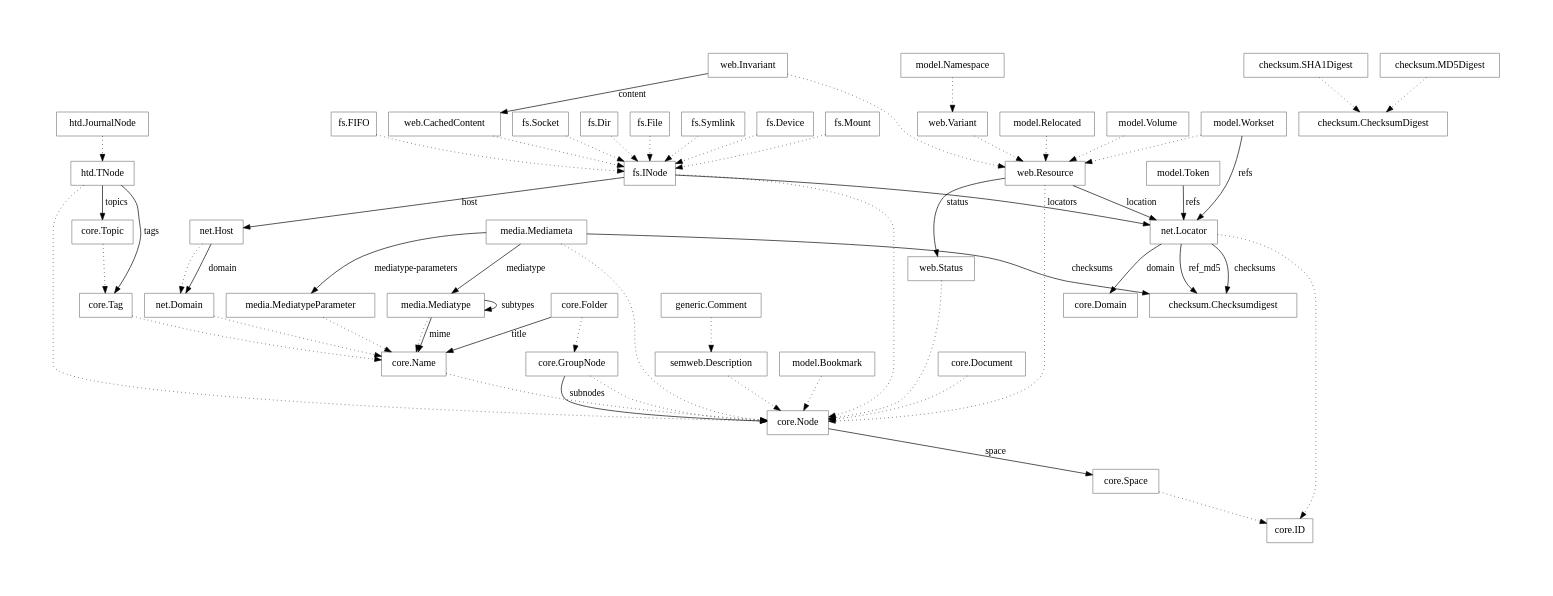
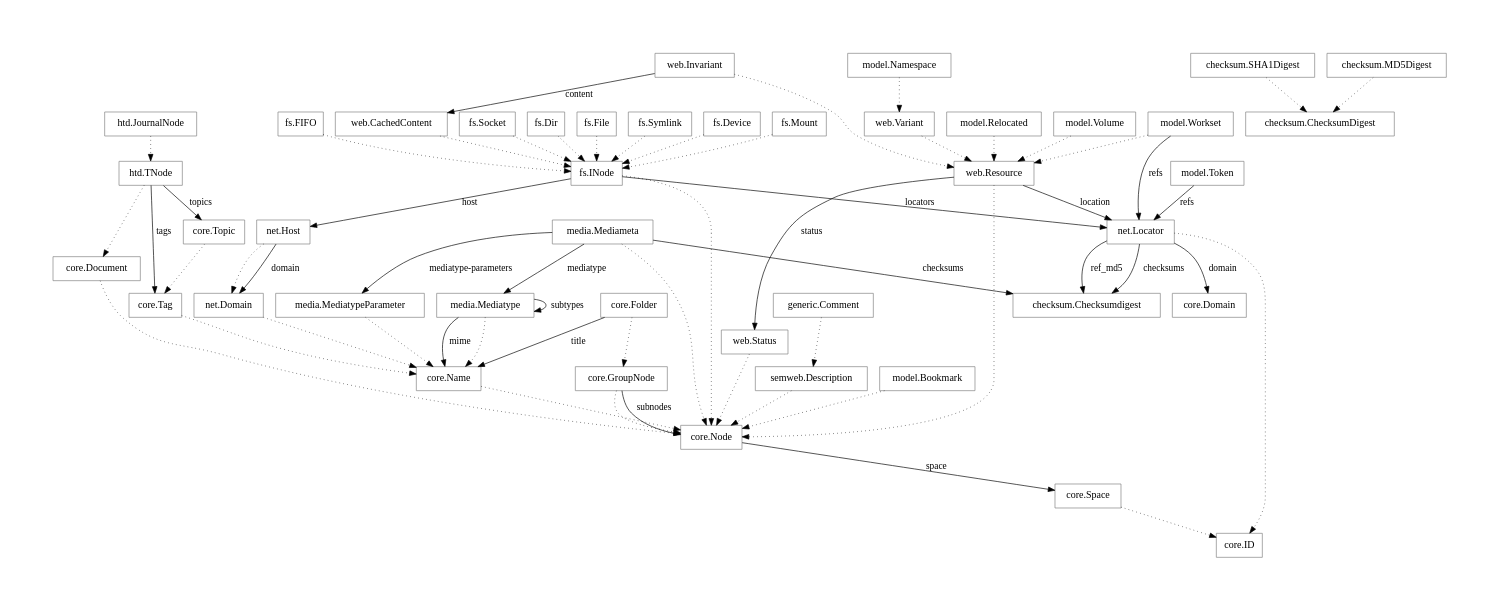
The diagram in doc/taxus-classes.en.dot.gv (dotmpe/script-mpe), drawn with Graphviz before and after one commit. The commit also changed 12 other files, not shown here.

```diff
--- a/doc/taxus-classes.en.dot.gv
+++ b/doc/taxus-classes.en.dot.gv
@@ -1,108 +1,108 @@
 digraph "doc_taxus_classes_en_dot" {
 	graph [
 		fontsize = "14"
 		fontname = "Times-Roman"
 		fontcolor = "black"
     pad = 1
 	]
 	node [
 		fontsize = "15"
 		fontname = "Bitstream Vera Sans"
 		shape = "record"
 		style = "solid"
 		color = "grey"
 	]
 	edge [
 		fontsize = "14"
 		fontname = "Bitstream Vera Sans"
 		style = "dotted"
 		weight = "4"
 	]
 
 	"core.Node" ; //-> SQLBase ;
 	"core.ID" ; //-> SQLBase ;
 
   "core.GroupNode" -> "core.Node" ;
   "core.Folder" -> "core.GroupNode" ;
   "core.Space" -> "core.ID" ;
 
   "core.Name" -> "core.Node" ;
   "core.Tag" -> "core.Name" ;
   "core.Topic" -> "core.Tag" ;
   "core.Document" -> "core.Node" ;
 
 	"checksum.ChecksumDigest" ; //-> SQLBase ;
   "checksum.SHA1Digest" -> "checksum.ChecksumDigest" ;
   "checksum.MD5Digest" -> "checksum.ChecksumDigest" ;
 
   "fs.INode" -> "core.Node" ;
   "fs.Dir" -> "fs.INode" ;
   "fs.File" -> "fs.INode" ;
   "fs.Symlink" -> "fs.INode" ;
   "fs.Device" -> "fs.INode" ;
   "fs.Mount" -> "fs.INode" ;
   "fs.FIFO" -> "fs.INode" ;
   "fs.Socket" -> "fs.INode" ;
 
   "web.CachedContent" -> "fs.INode" ;
   "web.Status" -> "core.Node" ;
   "web.Resource" -> "core.Node" ;
   "web.Invariant" -> "web.Resource" ;
   "web.Variant" -> "web.Resource" ;
 
   "semweb.Description" -> "core.Node" ;
   "generic.Comment" -> "semweb.Description" ;
 
   "net.Domain" -> "core.Name" ;
   "net.Host" -> "net.Domain" ;
   "net.Locator" -> "core.ID" ;
 
   "model.Namespace" -> "web.Variant" ;
   "model.Relocated" -> "web.Resource" ;
   "model.Volume" -> "web.Resource" ;
   "model.Bookmark" -> "core.Node" ;
   "model.Workset" -> "web.Resource" ;
 	"model.Token" ; //-> SQLBase ;
 
   "media.Mediatype" -> "core.Name" [] ;
   "media.MediatypeParameter" -> "core.Name" [] ;
   //"media.Genre" -> "core.Name" [] ;
   "media.Mediameta" -> "core.Node" [] ;
 
-  "htd.TNode" -> "core.Node" ;
+  "htd.TNode" -> "core.Document" ;
   "htd.JournalNode" -> "htd.TNode" ;
 
 
   edge [ style="normal" ] ;
 
   "core.Node" -> "core.Space" [ label="space" ];
   "core.GroupNode" -> "core.Node" [ label="subnodes" ];
   "core.Folder" -> "core.Name" [ label=title ] ;
 
   "fs.INode" -> "net.Host" [ label="host" ];
   "net.Host" -> "net.Domain" [ label="domain" ];
   "fs.INode" -> "net.Locator" [ label="locators" ];
 
   "htd.TNode" -> "core.Tag" [ label="tags" ];
   "htd.TNode" -> "core.Topic" [ label="topics" ];
 
   "media.Mediatype" -> "core.Name" [ label=mime ] ;
   "media.Mediatype" -> "media.Mediatype" [ label=subtypes ] ;
 
   "media.Mediameta" -> "checksum.Checksumdigest" [ label=checksums ] ;
   "media.Mediameta" -> "media.Mediatype" [ label=mediatype ] ;
   "media.Mediameta" -> "media.MediatypeParameter" [ label="mediatype-parameters" ] ;
 
   //"media.Mediameta" -> "media.Genre" [ label=genres ] ;
 
   "model.Workset" -> "net.Locator" [ label=refs ] ;
   "model.Token" -> "net.Locator" [ label=refs ] ;
 
   "net.Locator" -> "checksum.Checksumdigest" [ label=ref_md5 ] ;
   "net.Locator" -> "checksum.Checksumdigest" [ label=checksums ] ;
   "net.Locator" -> "core.Domain" [ label=domain ] ;
 
   "web.Resource" -> "web.Status" [ label=status ] ;
   "web.Resource" -> "net.Locator" [ label=location ] ;
   "web.Invariant" -> "web.CachedContent" [ label=content ] ;
 }
```
